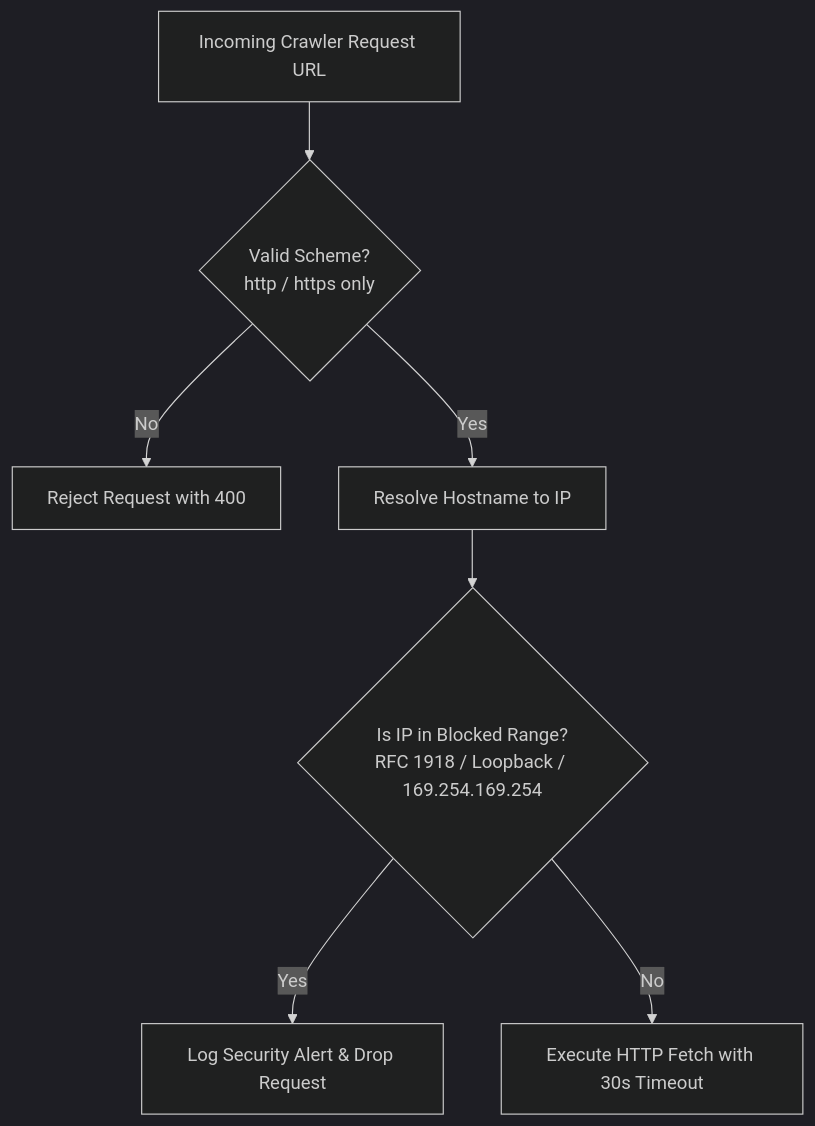
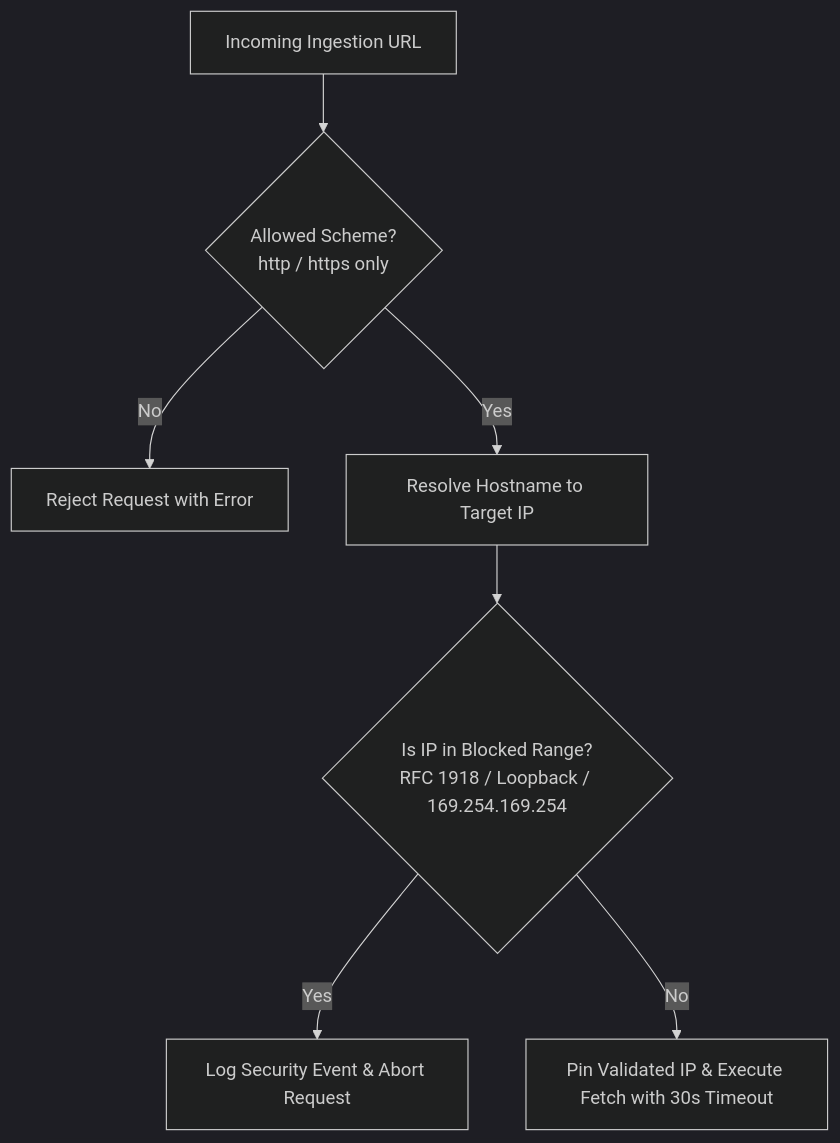
Before and after one commit to Phuchello/NCKH: the diagram in docs/SECURITY_MODEL.md, drawn with Mermaid (dark theme). The commit also changed other lines of this file and 14 other files, not shown here.

Commit message:
fix(arch): G0.1 architecture corrections across topic cardinality, snapshot model, and epistemology

````diff
--- a/docs/SECURITY_MODEL.md
+++ b/docs/SECURITY_MODEL.md
@@ -36,9 +39,9 @@
 ```mermaid
 flowchart TD
-    Req[Incoming Crawler Request URL] --> SchemeCheck{Valid Scheme?\nhttp / https only}
-    SchemeCheck -- No --> Reject[Reject Request with 400]
-    SchemeCheck -- Yes --> DNSResolve[Resolve Hostname to IP]
+    Req[Incoming Ingestion URL] --> SchemeCheck{Allowed Scheme?\nhttp / https only}
+    SchemeCheck -- No --> Reject[Reject Request with Error]
+    SchemeCheck -- Yes --> DNSResolve[Resolve Hostname to Target IP]
     DNSResolve --> IPCheck{Is IP in Blocked Range?\nRFC 1918 / Loopback / 169.254.169.254}
-    IPCheck -- Yes --> LogAlert[Log Security Alert & Drop Request]
-    IPCheck -- No --> Fetch[Execute HTTP Fetch with 30s Timeout]
+    IPCheck -- Yes --> LogAlert[Log Security Event & Abort Request]
+    IPCheck -- No --> PinSocket[Pin Validated IP & Execute Fetch with 30s Timeout]
 ```
````
